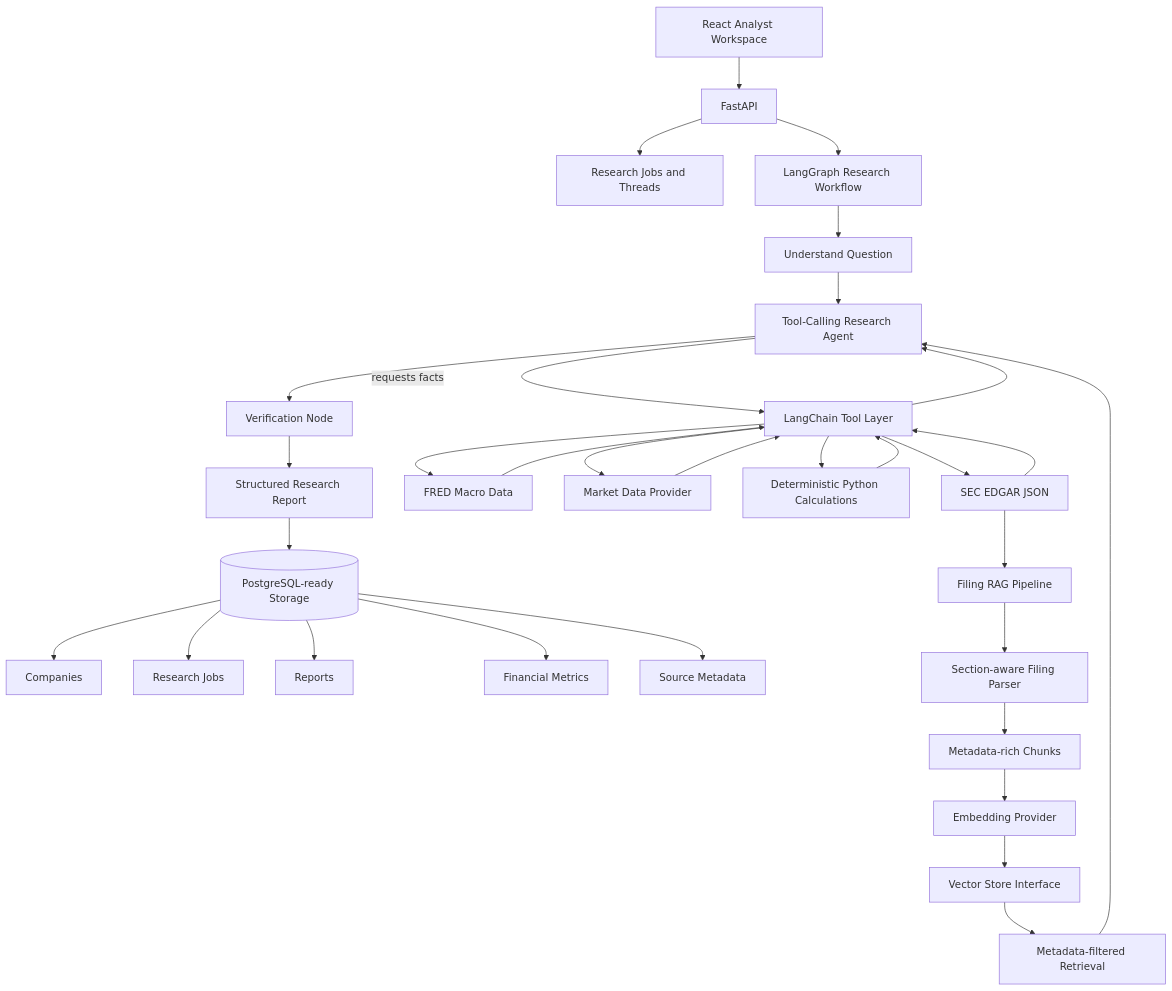
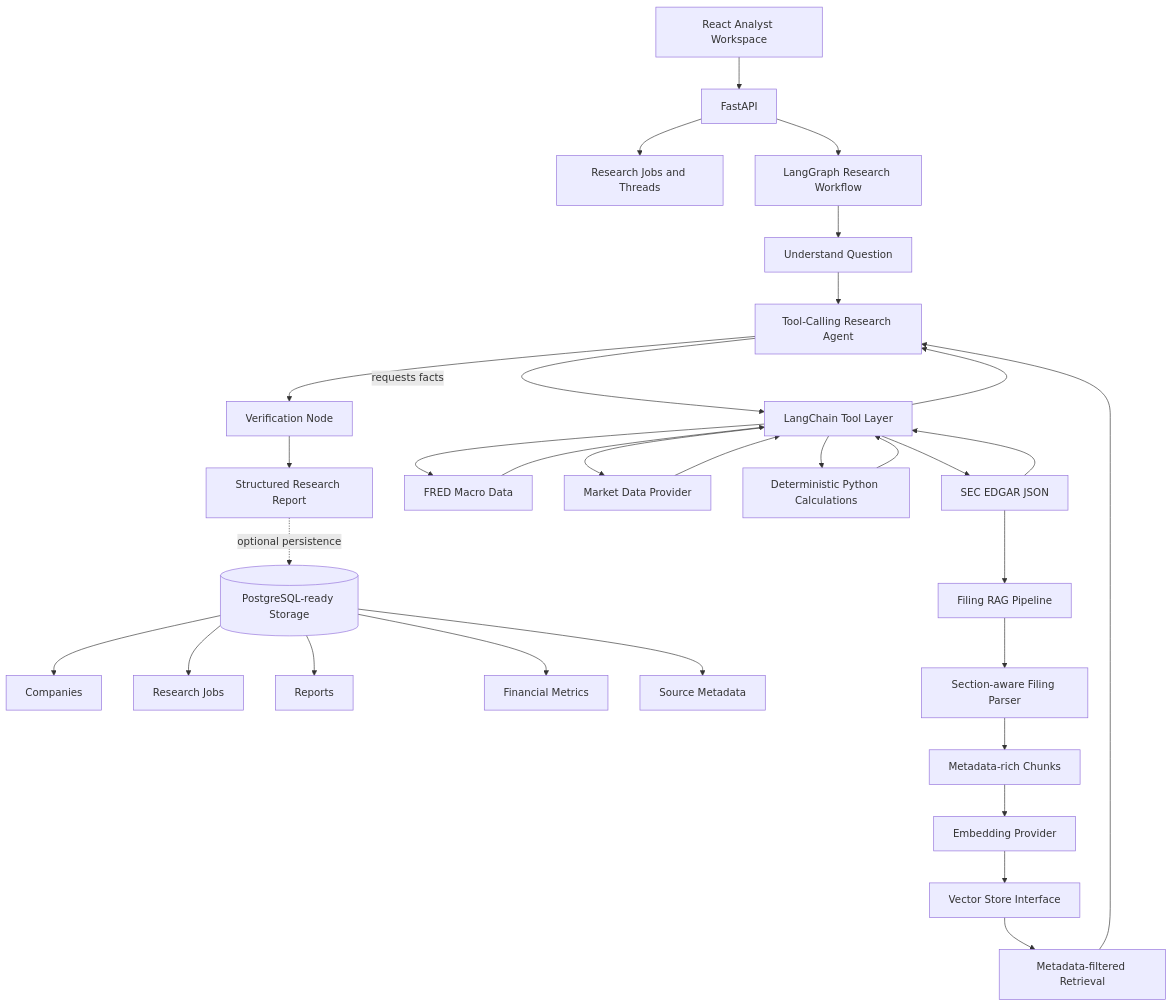
One commit to mihirajgaonkar/financial-analyst-agent changed the diagram in README.md. Above: the diagram before and after it, drawn with Mermaid. The commit also changed other lines of this file and 29 other files, not shown here.

````diff
--- a/README.md
+++ b/README.md
@@ -18,36 +19,36 @@
 ```mermaid
 flowchart TD
     UI[React Analyst Workspace] --> API[FastAPI]
     API --> Jobs[Research Jobs and Threads]
     API --> Graph[LangGraph Research Workflow]
 
     Graph --> Understand[Understand Question]
     Understand --> Agent[Tool-Calling Research Agent]
     Agent -->|requests facts| Tools[LangChain Tool Layer]
     Tools --> SEC[SEC EDGAR JSON]
     Tools --> FRED[FRED Macro Data]
     Tools --> Market[Market Data Provider]
     Tools --> Calc[Deterministic Python Calculations]
     Calc --> Tools
     SEC --> Tools
     FRED --> Tools
     Market --> Tools
     Tools --> Agent
     Agent --> Verify[Verification Node]
     Verify --> Report[Structured Research Report]
 
-    Report --> Storage[(PostgreSQL-ready Storage)]
+    Report -. optional persistence .-> Storage[(PostgreSQL-ready Storage)]
     Storage --> Companies[Companies]
     Storage --> ResearchJobs[Research Jobs]
     Storage --> Reports[Reports]
     Storage --> Metrics[Financial Metrics]
     Storage --> Sources[Source Metadata]
 
     SEC --> FilingRAG[Filing RAG Pipeline]
     FilingRAG --> Parse[Section-aware Filing Parser]
     Parse --> Chunks[Metadata-rich Chunks]
     Chunks --> Embeddings[Embedding Provider]
     Embeddings --> VectorStore[Vector Store Interface]
     VectorStore --> Retrieval[Metadata-filtered Retrieval]
     Retrieval --> Agent
 ```
````
